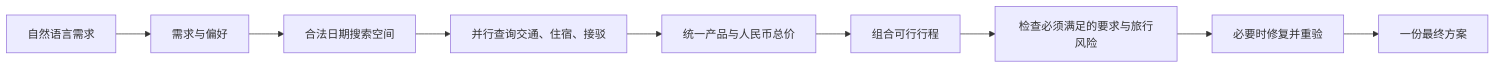
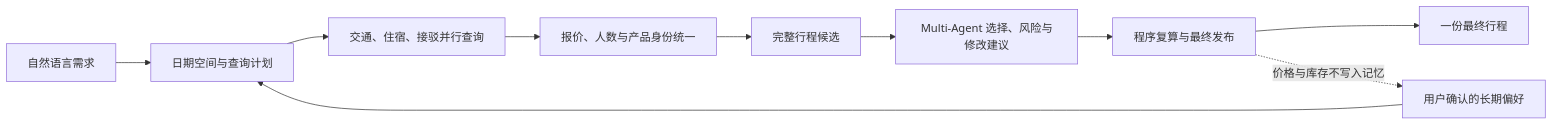
One commit to Oxygen56/TripChord changed the diagram in README.md. Above: the diagram before and after it, drawn with Mermaid. The commit also changed other lines of this file and 3 other files, not shown here.

````diff
--- a/README.md
+++ b/README.md
@@ -58,11 +59,12 @@
 ```mermaid
 flowchart LR
-  A[自然语言需求] --> B[需求与偏好]
-  B --> C[合法日期搜索空间]
-  C --> D[并行查询交通、住宿、接驳]
-  D --> E[统一产品与人民币总价]
-  E --> F[组合可行行程]
-  F --> G[检查必须满足的要求与旅行风险]
-  G --> H[必要时修复并重验]
-  H --> I[一份最终方案]
+  A[自然语言需求] --> B[日期空间与查询计划]
+  B --> C[交通、住宿、接驳并行查询]
+  C --> D[报价、人数与产品身份统一]
+  D --> E[完整行程候选]
+  E --> F[Multi-Agent 选择、风险与修改建议]
+  F --> G[程序复算与最终发布]
+  G --> H[一份最终行程]
+  M[用户确认的长期偏好] --> B
+  G -.价格与库存不写入记忆.-> M
 ```
````
